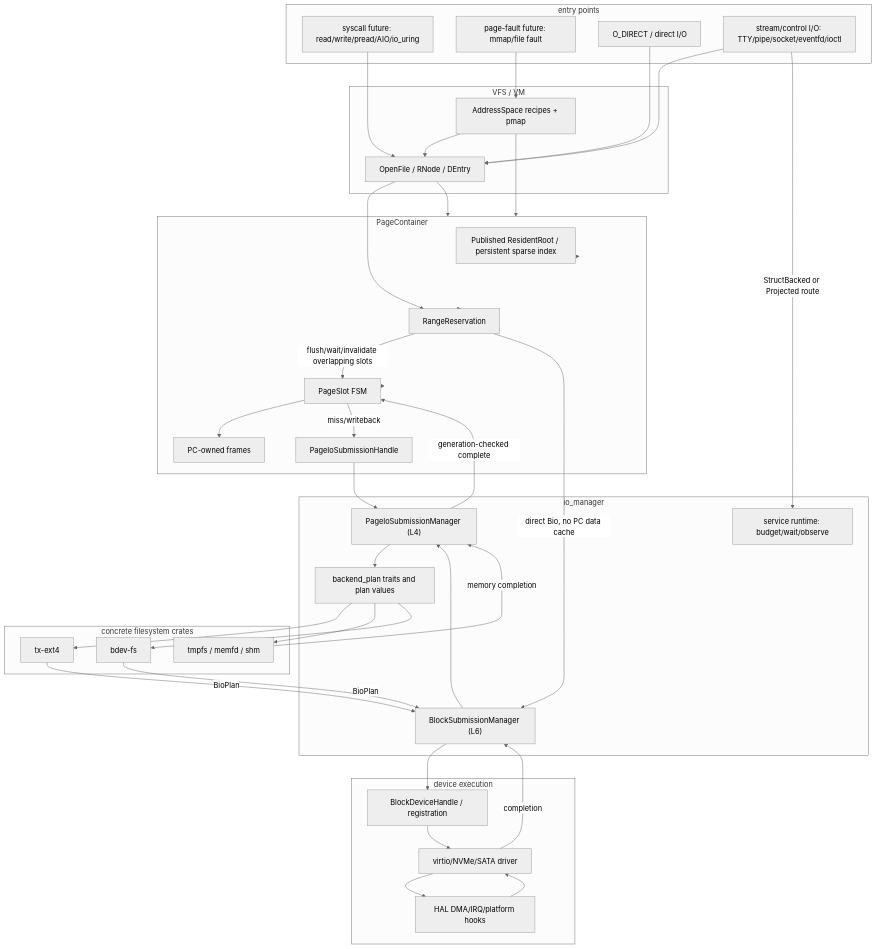
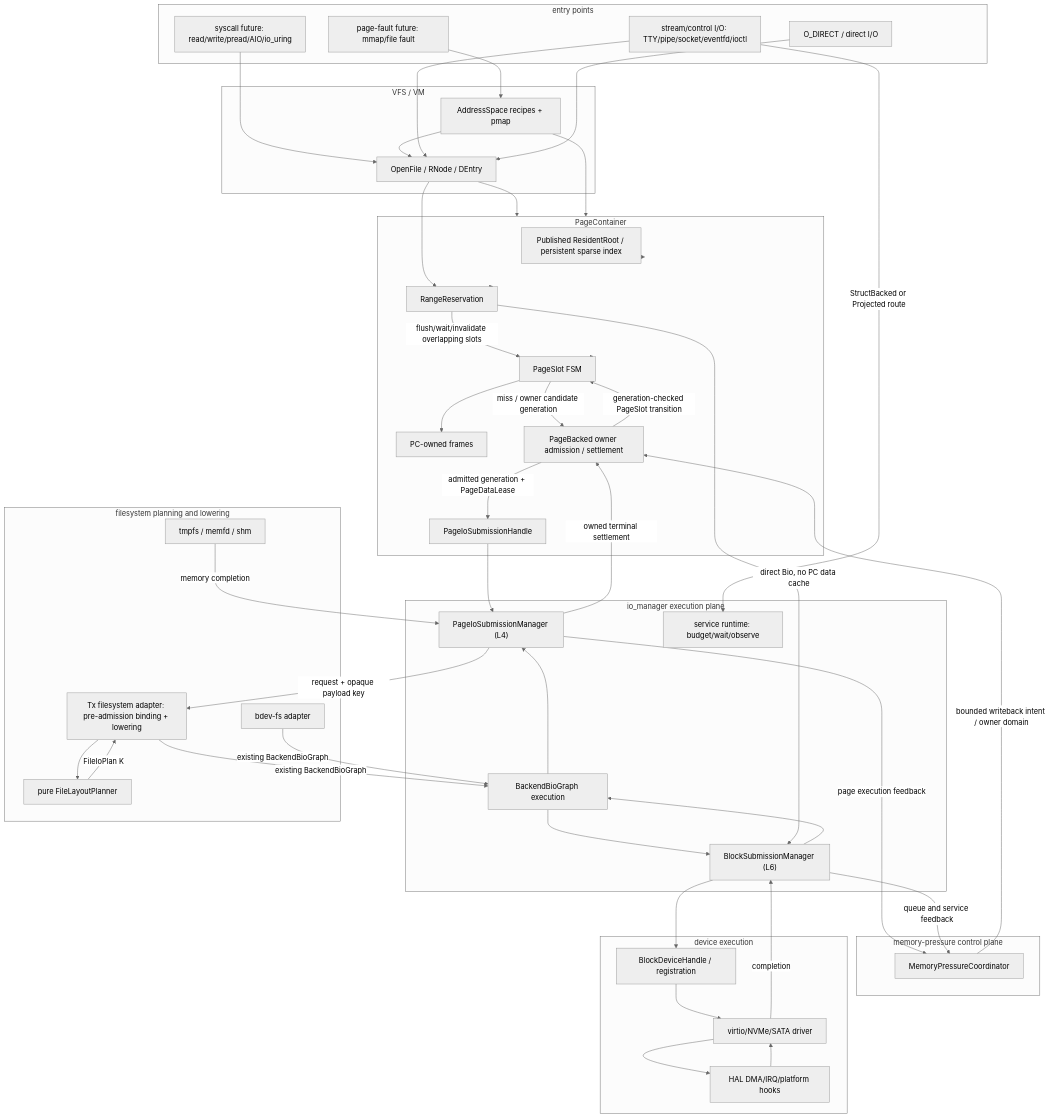
One commit to THRAI/Txv2 changed the first of 3 diagrams in docs/design/05_filesystem/IO_MANAGER_v1.md. Above: the diagram before and after it, drawn with Mermaid (neutral theme). The commit also changed other lines of this file and 5 other files, not shown here.

Commit message:
docs: align I/O manager with dual-plane architecture

````diff
--- a/docs/design/05_filesystem/IO_MANAGER_v1.md
+++ b/docs/design/05_filesystem/IO_MANAGER_v1.md
@@ -112,67 +120,78 @@
 ```mermaid
 flowchart TB
   subgraph Entry["entry points"]
     SY["syscall future: read/write/pread/AIO/io_uring"]
     PF["page-fault future: mmap/file fault"]
     OD["O_DIRECT / direct I/O"]
     STR["stream/control I/O: TTY/pipe/socket/eventfd/ioctl"]
   end
 
   subgraph VFSVM["VFS / VM"]
     OF["OpenFile / RNode / DEntry"]
     VM["AddressSpace recipes + pmap"]
   end
 
   subgraph PC["PageContainer"]
     IDX["Published ResidentRoot / persistent sparse index"]
     RR["RangeReservation"]
     SLOT["PageSlot FSM"]
     DATA["PC-owned frames"]
+    ADM["PageBacked owner admission / settlement"]
     PH["PageIoSubmissionHandle"]
   end
 
-  subgraph IOM["io_manager"]
+  subgraph IOM["io_manager execution plane"]
     PG["PageIoSubmissionManager (L4)"]
-    BP["backend_plan traits and plan values"]
+    GX["BackendBioGraph execution"]
     BLK["BlockSubmissionManager (L6)"]
     RT["service runtime: budget/wait/observe"]
   end
 
-  subgraph FS["concrete filesystem crates"]
-    EXT4["tx-ext4"]
+  subgraph FS["filesystem planning and lowering"]
+    AD["Tx filesystem adapter: pre-admission binding + lowering"]
+    EXT4["pure FileLayoutPlanner"]
     TMP["tmpfs / memfd / shm"]
-    BDEV["bdev-fs"]
+    BDEV["bdev-fs adapter"]
+  end
+
+  subgraph MPC["memory-pressure control plane"]
+    MC["MemoryPressureCoordinator"]
   end
 
   subgraph DEV["device execution"]
     HANDLE["BlockDeviceHandle / registration"]
     DRV["virtio/NVMe/SATA driver"]
     HAL["HAL DMA/IRQ/platform hooks"]
   end
 
   SY --> OF --> PC
   PF --> VM --> PC
   VM --> OF
   STR --> OF
   STR -->|"StructBacked or Projected route"| RT
 
   PC --> IDX
   PC --> RR
   PC --> SLOT
   SLOT --> DATA
 
-  SLOT -->|"miss/writeback"| PH --> PG
-  PG --> BP
-  BP --> EXT4
-  BP --> TMP
-  BP --> BDEV
-  EXT4 -->|"BioPlan"| BLK
-  BDEV -->|"BioPlan"| BLK
+  SLOT -->|"miss / owner candidate generation"| ADM
+  ADM -->|"admitted generation + PageDataLease"| PH --> PG
+  PG -->|"request + opaque payload key"| AD
+  AD --> EXT4
+  EXT4 -->|"FileIoPlan K"| AD
+  AD -->|"existing BackendBioGraph"| GX
+  BDEV -->|"existing BackendBioGraph"| GX
+  GX --> BLK
   TMP -->|"memory completion"| PG
   BLK --> HANDLE --> DRV --> HAL
-  HAL --> DRV -->|"completion"| BLK --> PG -->|"generation-checked complete"| SLOT
+  HAL --> DRV -->|"completion"| BLK --> GX --> PG -->|"owned terminal settlement"| ADM
+  ADM -->|"generation-checked PageSlot transition"| SLOT
+  MC -->|"bounded writeback intent / owner domain"| ADM
+  PG -->|"page execution feedback"| MC
+  BLK -->|"queue and service feedback"| MC
 
   OD --> OF --> RR
   RR -->|"flush/wait/invalidate overlapping slots"| SLOT
   RR -->|"direct Bio, no PC data cache"| BLK
 ```
````
